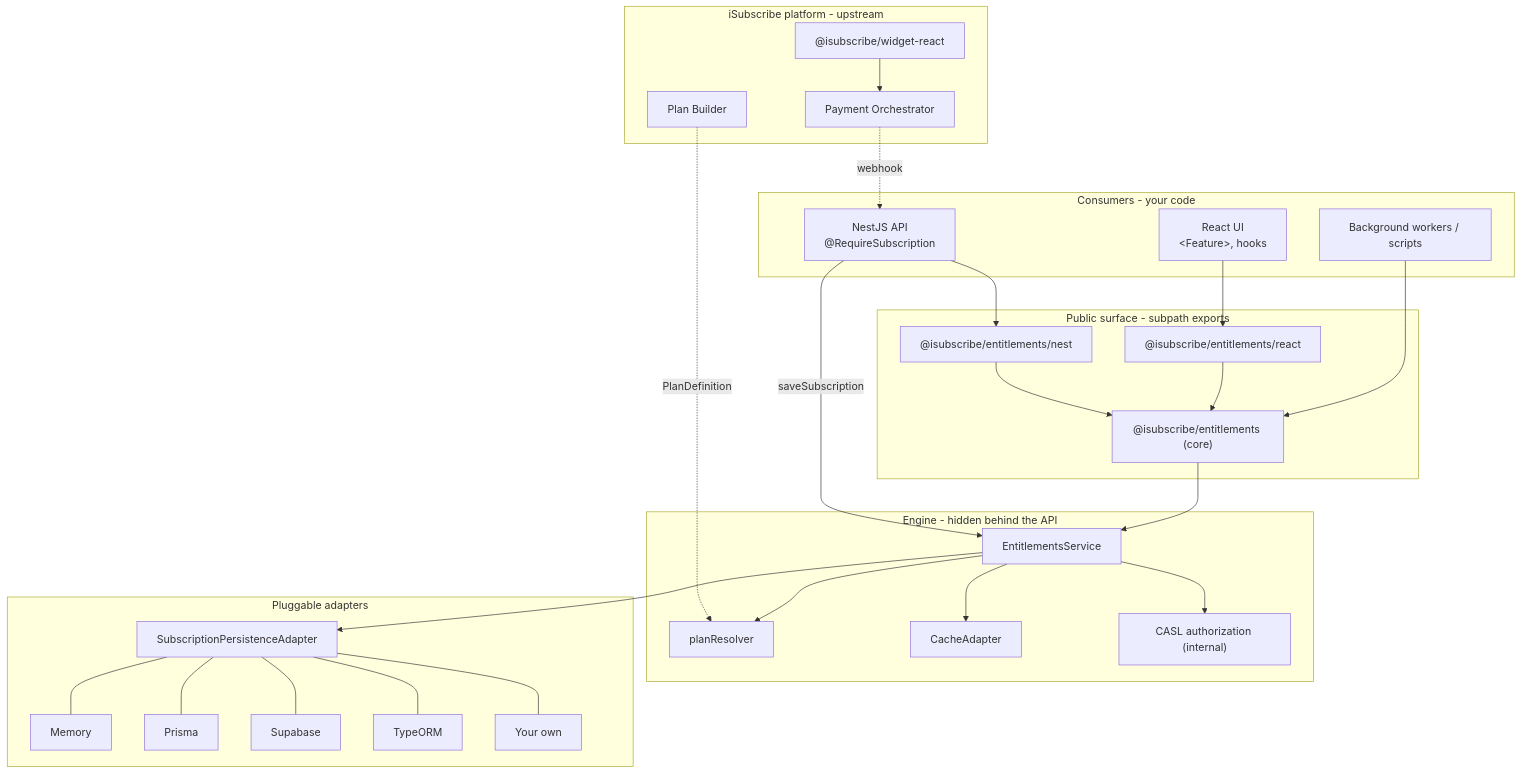
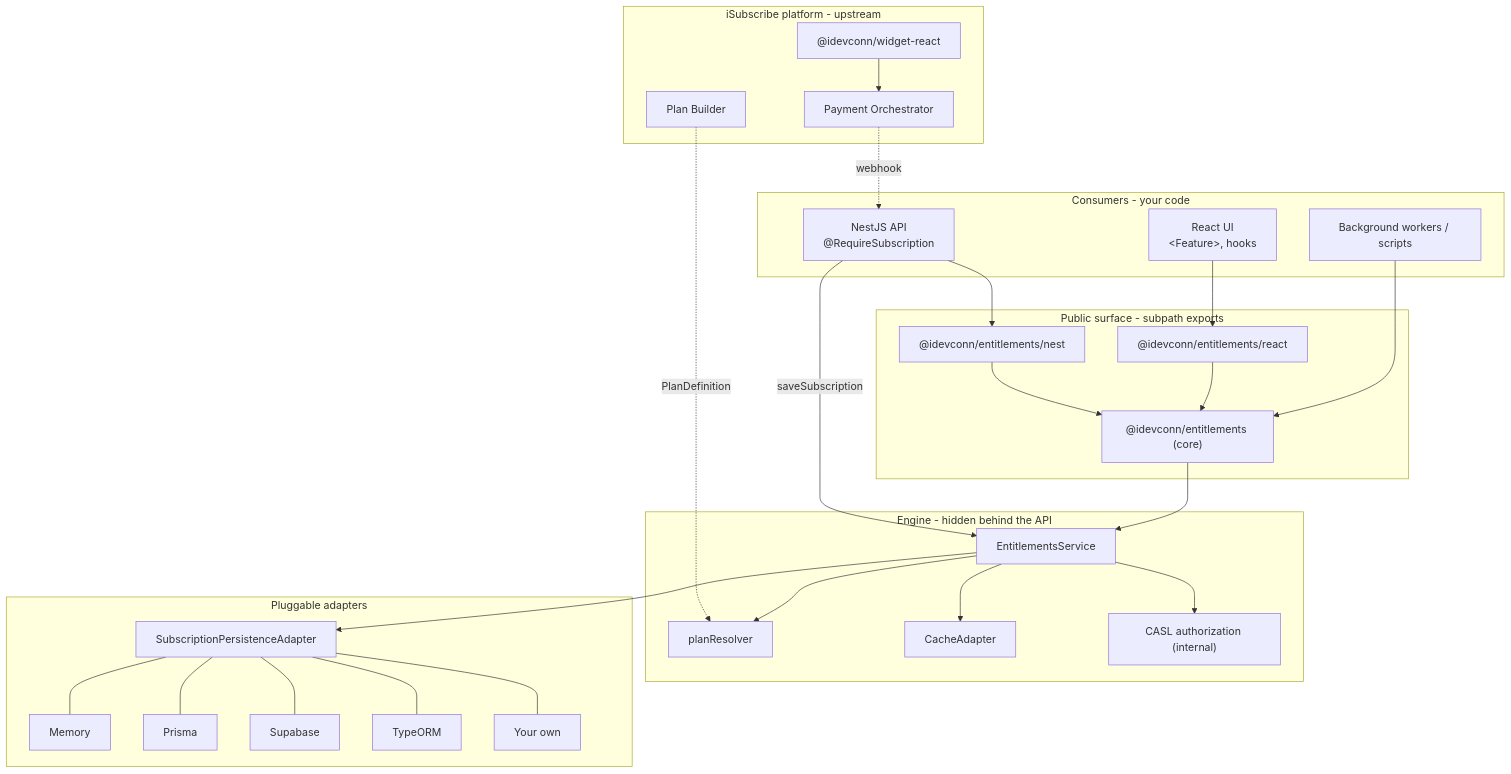
Before and after one commit to iDEVconn/isubscribe-entitlements: the diagram in README.md, drawn with Mermaid. The commit also changed other lines of this file and 27 other files, not shown here.

````diff
--- a/README.md
+++ b/README.md
@@ -61,57 +61,57 @@
 ```mermaid
 flowchart TB
     subgraph consumers [Consumers - your code]
         UI["React UI<br/>&lt;Feature&gt;, hooks"]
         API["NestJS API<br/>@RequireSubscription"]
         Worker["Background workers / scripts"]
     end
 
     subgraph publicApi [Public surface - subpath exports]
-        ReactPkg["@isubscribe/entitlements/react"]
-        NestPkg["@isubscribe/entitlements/nest"]
-        Core["@isubscribe/entitlements (core)"]
+        ReactPkg["@idevconn/entitlements/react"]
+        NestPkg["@idevconn/entitlements/nest"]
+        Core["@idevconn/entitlements (core)"]
     end
 
     subgraph engine [Engine - hidden behind the API]
         Service[EntitlementsService]
         Resolver[planResolver]
         CacheLayer[CacheAdapter]
         Auth["CASL authorization (internal)"]
     end
 
     subgraph adapters [Pluggable adapters]
         Persist[SubscriptionPersistenceAdapter]
         Mem[Memory]
         Prisma[Prisma]
         Supa[Supabase]
         TypeOrm[TypeORM]
         Custom[Your own]
     end
 
     subgraph platform [iSubscribe platform - upstream]
         PB[Plan Builder]
-        Widget["@isubscribe/widget-react"]
+        Widget["@idevconn/widget-react"]
         Pay[Payment Orchestrator]
     end
 
     UI --> ReactPkg
     API --> NestPkg
     Worker --> Core
     ReactPkg --> Core
     NestPkg --> Core
     Core --> Service
     Service --> Resolver
     Service --> CacheLayer
     Service --> Auth
     Service --> Persist
     Persist --- Mem
     Persist --- Prisma
     Persist --- Supa
     Persist --- TypeOrm
     Persist --- Custom
 
     PB -.->|"PlanDefinition"| Resolver
     Widget --> Pay
     Pay -.->|"webhook"| API
     API -->|"saveSubscription"| Service
 ```
````
